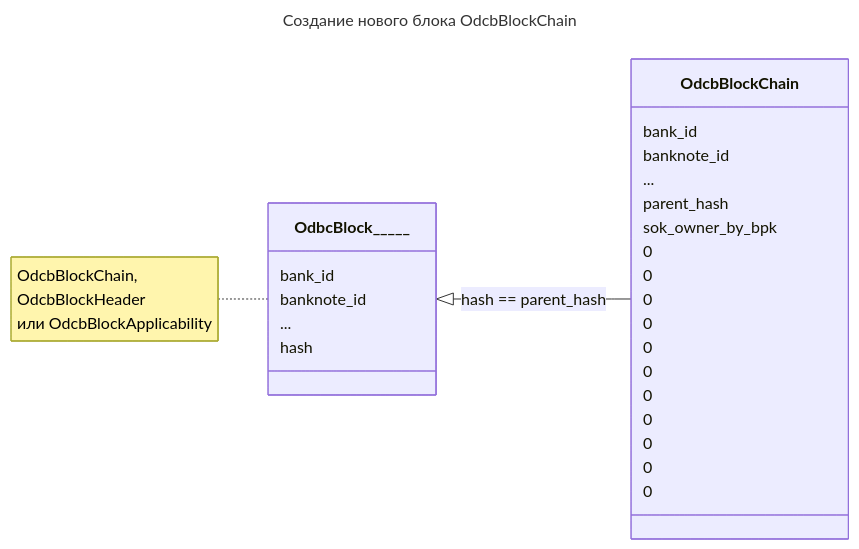
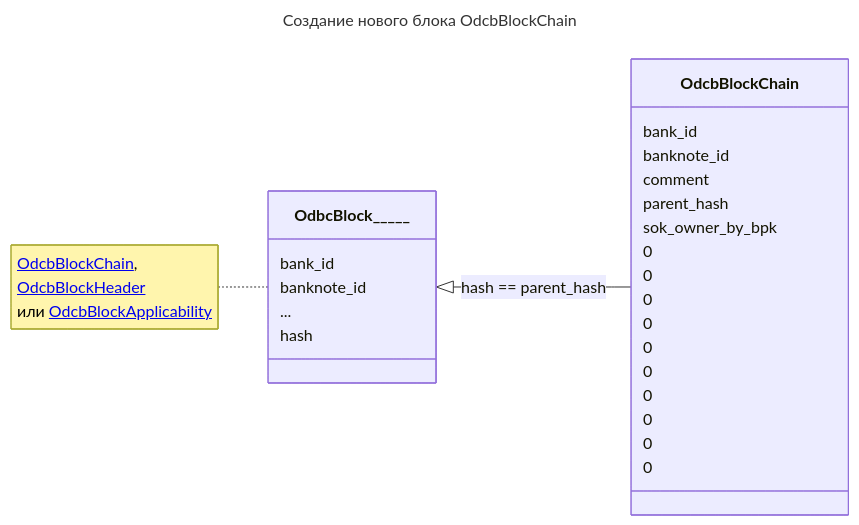
The second of 6 diagrams in docs/project3/04-banknote/broadcast/algorithm.md (kib-sources/odc-doc), drawn with Mermaid before and after one commit. The commit also changed other lines of this file and 2 other files, not shown here.

````diff
--- a/docs/project3/04-banknote/broadcast/algorithm.md
+++ b/docs/project3/04-banknote/broadcast/algorithm.md
@@ -56,35 +93,33 @@
 ```mermaid
 ---
 title: Создание нового блока OdcbBlockChain
 ---
 classDiagram 
     direction LR
     OdbcBlock_____ <|-- OdcbBlockChain :  hash == parent_hash
     class OdbcBlock_____{
         bank_id
         banknote_id
         ...
         hash
     }
     class OdcbBlockChain{
         bank_id
         banknote_id
-        ...
+        comment
         parent_hash
         sok_owner_by_bpk
         0
         0
         0
         0
         0
         0
         0
         0
         0
-        0
-        0
-        
+        0        
     }
-    note for OdbcBlock_____ "OdcbBlockChain, <br/> OdcbBlockHeader <br/> или OdcbBlockApplicability"
+    note for OdbcBlock_____ "<a href=/docs/project3/banknote/block-chain>OdcbBlockChain</a>, <br/> <a href=/docs/project3/banknote/header>OdcbBlockHeader</a> <br/> или <a href=/docs/project3/banknote/applicability>OdcbBlockApplicability</a>"
     
 ```
````
